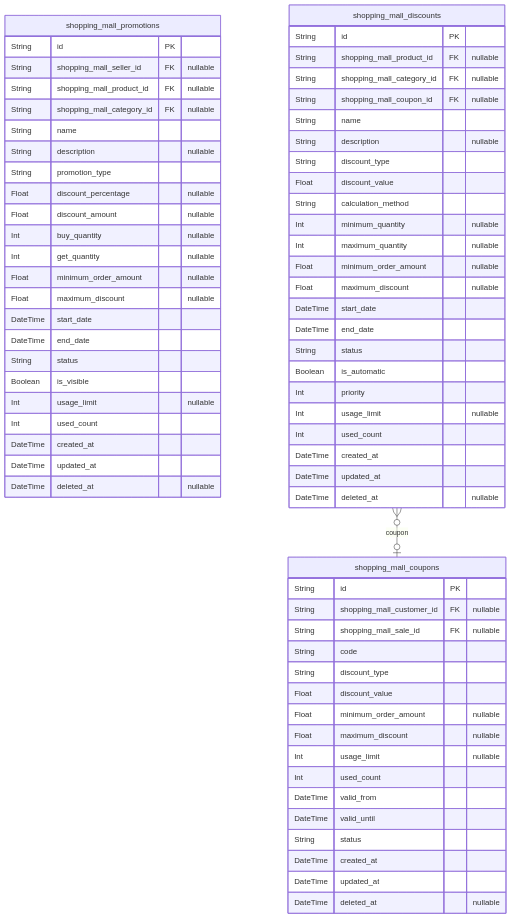
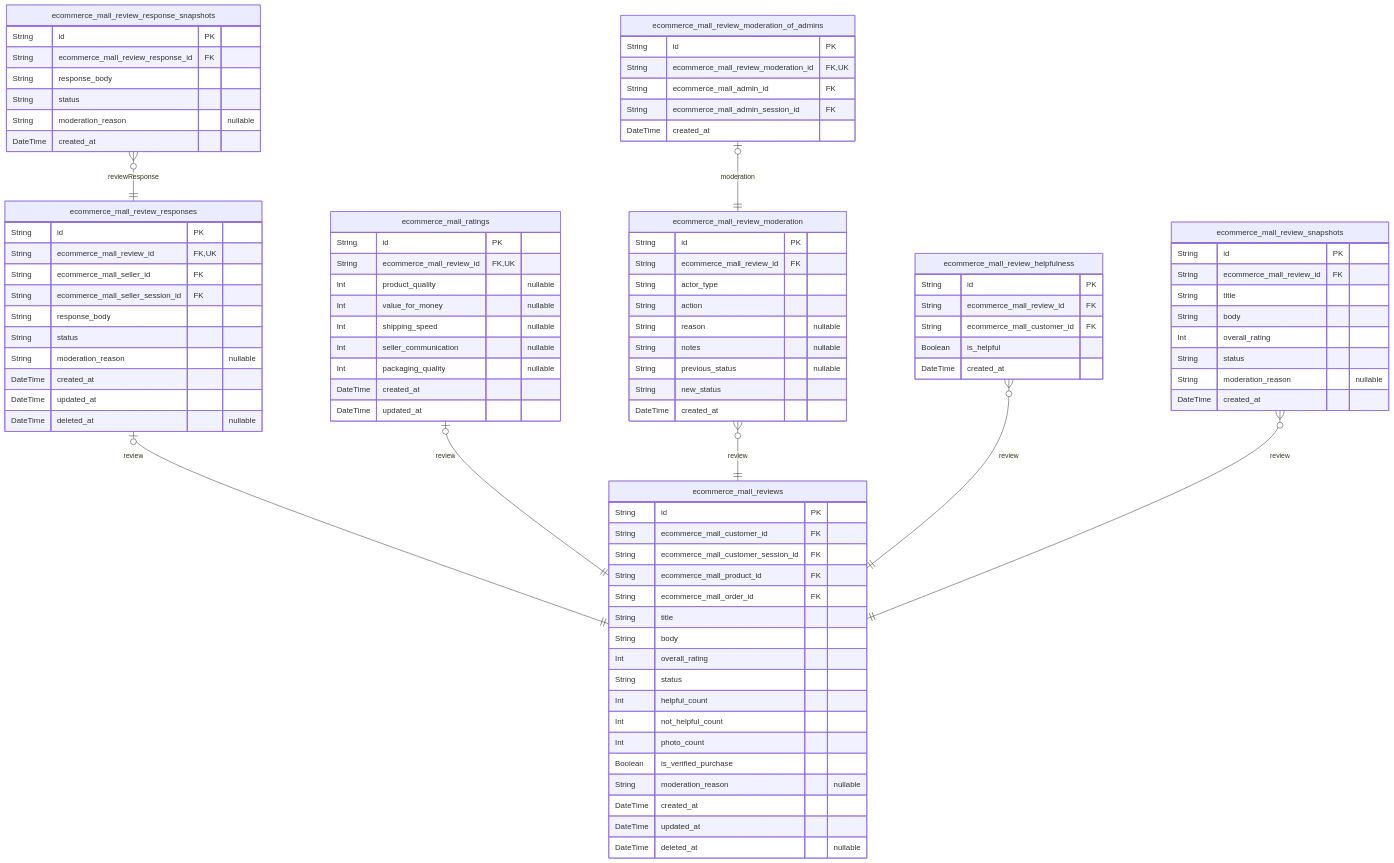
One commit to wrtnlabs/autobe-examples changed the seventh of 10 diagrams in deepseek/deepseek-v3.1-terminus-exacto/shopping/docs/ERD.md. Above: the diagram before and after it, drawn with Mermaid. The commit also changed other lines of this file and 22498 other files, not shown here.

````diff
--- a/deepseek/deepseek-v3.1-terminus-exacto/shopping/docs/ERD.md
+++ b/deepseek/deepseek-v3.1-terminus-exacto/shopping/docs/ERD.md
@@ -1000,71 +1807,95 @@
 ```mermaid
 erDiagram
-"shopping_mall_coupons" {
+"ecommerce_mall_reviews" {
   String id PK
-  String shopping_mall_customer_id FK "nullable"
-  String shopping_mall_sale_id FK "nullable"
-  String code
-  String discount_type
-  Float discount_value
-  Float minimum_order_amount "nullable"
-  Float maximum_discount "nullable"
-  Int usage_limit "nullable"
-  Int used_count
-  DateTime valid_from
-  DateTime valid_until
+  String ecommerce_mall_customer_id FK
+  String ecommerce_mall_customer_session_id FK
+  String ecommerce_mall_product_id FK
+  String ecommerce_mall_order_id FK
+  String title
+  String body
+  Int overall_rating
   String status
+  Int helpful_count
+  Int not_helpful_count
+  Int photo_count
+  Boolean is_verified_purchase
+  String moderation_reason "nullable"
   DateTime created_at
   DateTime updated_at
   DateTime deleted_at "nullable"
 }
-"shopping_mall_promotions" {
+"ecommerce_mall_review_responses" {
   String id PK
-  String shopping_mall_seller_id FK "nullable"
-  String shopping_mall_product_id FK "nullable"
-  String shopping_mall_category_id FK "nullable"
-  String name
-  String description "nullable"
-  String promotion_type
-  Float discount_percentage "nullable"
-  Float discount_amount "nullable"
-  Int buy_quantity "nullable"
-  Int get_quantity "nullable"
-  Float minimum_order_amount "nullable"
-  Float maximum_discount "nullable"
-  DateTime start_date
-  DateTime end_date
+  String ecommerce_mall_review_id FK,UK
+  String ecommerce_mall_seller_id FK
+  String ecommerce_mall_seller_session_id FK
+  String response_body
   String status
-  Boolean is_visible
-  Int usage_limit "nullable"
-  Int used_count
+  String moderation_reason "nullable"
   DateTime created_at
   DateTime updated_at
   DateTime deleted_at "nullable"
 }
-"shopping_mall_discounts" {
+"ecommerce_mall_ratings" {
   String id PK
-  String shopping_mall_product_id FK "nullable"
-  String shopping_mall_category_id FK "nullable"
-  String shopping_mall_coupon_id FK "nullable"
-  String name
-  String description "nullable"
-  String discount_type
-  Float discount_value
-  String calculation_method
-  Int minimum_quantity "nullable"
-  Int maximum_quantity "nullable"
-  Float minimum_order_amount "nullable"
-  Float maximum_discount "nullable"
-  DateTime start_date
-  DateTime end_date
-  String status
-  Boolean is_automatic
-  Int priority
-  Int usage_limit "nullable"
-  Int used_count
+  String ecommerce_mall_review_id FK,UK
+  Int product_quality "nullable"
+  Int value_for_money "nullable"
+  Int shipping_speed "nullable"
+  Int seller_communication "nullable"
+  Int packaging_quality "nullable"
   DateTime created_at
   DateTime updated_at
-  DateTime deleted_at "nullable"
 }
-"shopping_mall_discounts" }o--o| "shopping_mall_coupons" : coupon
+"ecommerce_mall_review_moderation" {
+  String id PK
+  String ecommerce_mall_review_id FK
+  String actor_type
+  String action
+  String reason "nullable"
+  String notes "nullable"
+  String previous_status "nullable"
+  String new_status
+  DateTime created_at
+}
+"ecommerce_mall_review_helpfulness" {
+  String id PK
+  String ecommerce_mall_review_id FK
+  String ecommerce_mall_customer_id FK
+  Boolean is_helpful
+  DateTime created_at
+}
+"ecommerce_mall_review_moderation_of_admins" {
+  String id PK
+  String ecommerce_mall_review_moderation_id FK,UK
+  String ecommerce_mall_admin_id FK
+  String ecommerce_mall_admin_session_id FK
+  DateTime created_at
+}
+"ecommerce_mall_review_snapshots" {
+  String id PK
+  String ecommerce_mall_review_id FK
+  String title
+  String body
+  Int overall_rating
+  String status
+  String moderation_reason "nullable"
+  DateTime created_at
+}
+"ecommerce_mall_review_response_snapshots" {
+  String id PK
+  String ecommerce_mall_review_response_id FK
+  String response_body
+  String status
+  String moderation_reason "nullable"
+  DateTime created_at
+}
+"ecommerce_mall_review_responses" |o--|| "ecommerce_mall_reviews" : review
+"ecommerce_mall_ratings" |o--|| "ecommerce_mall_reviews" : review
+"ecommerce_mall_review_moderation" }o--|| "ecommerce_mall_reviews" : review
+"ecommerce_mall_review_helpfulness" }o--|| "ecommerce_mall_reviews" : review
+"ecommerce_mall_review_moderation_of_admins" |o--|| "ecommerce_mall_review_moderation" : moderation
+"ecommerce_mall_review_snapshots" }o--|| "ecommerce_mall_reviews" : review
+"ecommerce_mall_review_response_snapshots" }o--|| "ecommerce_mall_review_responses" : reviewResponse
 ```
````
